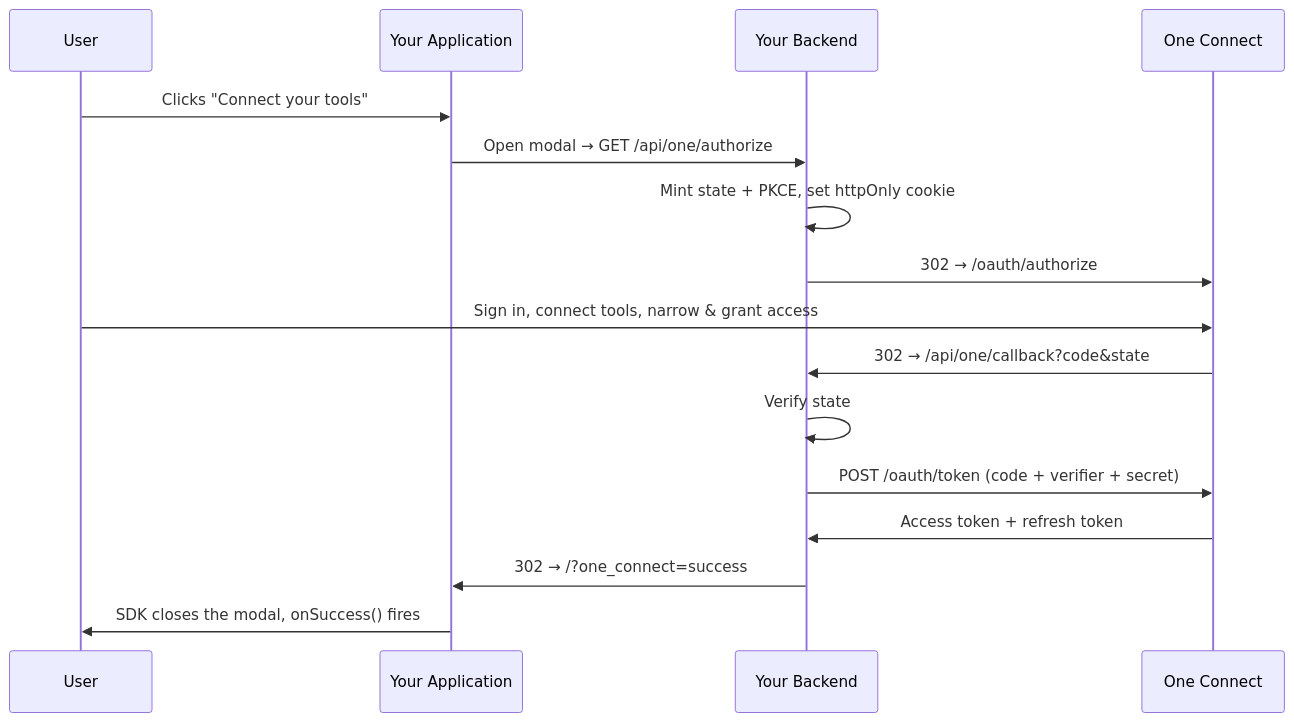
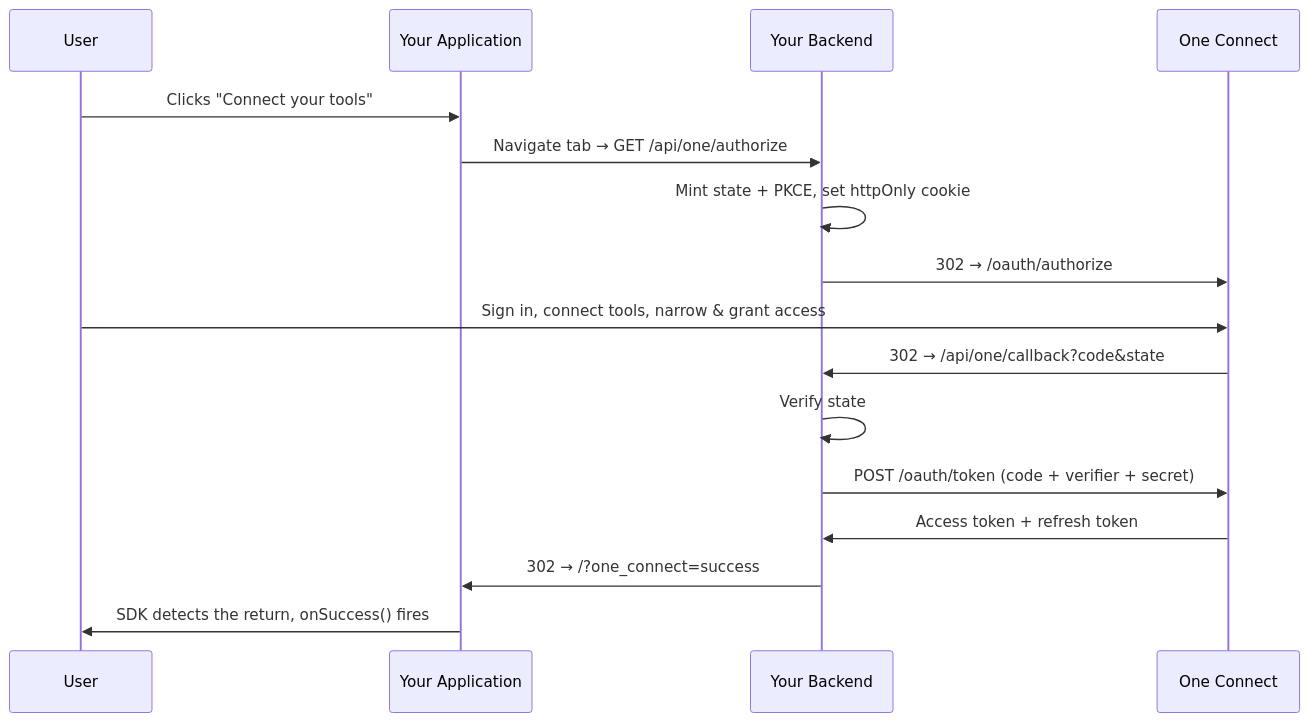
One commit to withoneai/connect changed the diagram in README.md. Above: the diagram before and after it, drawn with Mermaid. The commit also changed other lines of this file and 15 other files, not shown here.

````diff
--- a/README.md
+++ b/README.md
@@ -51,19 +51,19 @@
 ```mermaid
 sequenceDiagram
     participant User
     participant YourApp as Your Application
     participant YourBackend as Your Backend
     participant One as One Connect
 
     User->>YourApp: Clicks "Connect your tools"
-    YourApp->>YourBackend: Open modal → GET /api/one/authorize
+    YourApp->>YourBackend: Navigate tab → GET /api/one/authorize
     YourBackend->>YourBackend: Mint state + PKCE, set httpOnly cookie
     YourBackend->>One: 302 → /oauth/authorize
     User->>One: Sign in, connect tools, narrow & grant access
     One->>YourBackend: 302 → /api/one/callback?code&state
     YourBackend->>YourBackend: Verify state
     YourBackend->>One: POST /oauth/token (code + verifier + secret)
     One->>YourBackend: Access token + refresh token
     YourBackend->>YourApp: 302 → /?one_connect=success
-    YourApp->>User: SDK closes the modal, onSuccess() fires
+    YourApp->>User: SDK detects the return, onSuccess() fires
 ```
````
